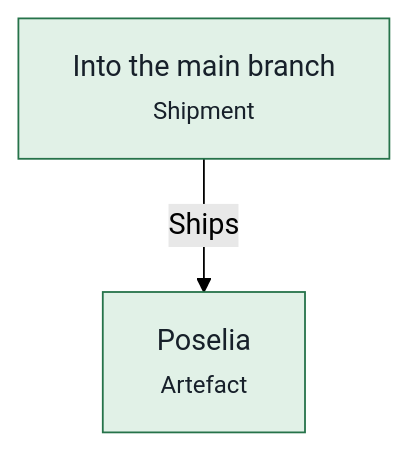
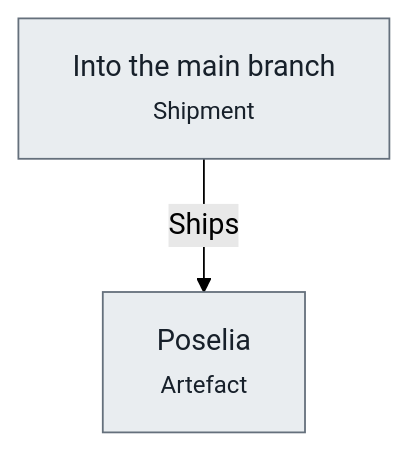
Before and after one commit to advancedcognitivesystems-ai/trame: the first of 4 diagrams in apps/poselia/docs/pipelines.md, drawn with Mermaid (forest theme). The commit also changed other lines of this file and 118 other files, not shown here.

````diff
--- a/apps/poselia/docs/pipelines.md
+++ b/apps/poselia/docs/pipelines.md
@@ -15,11 +15,11 @@
 ```mermaid
 flowchart TB
-  n0["Poselia<br/><small>Artefact</small>"]:::held
-  n1["Into the main branch<br/><small>Shipment</small>"]:::held
+  n0["Poselia<br/><small>Artefact</small>"]:::unknown
+  n1["Into the main branch<br/><small>Shipment</small>"]:::unknown
   n1 -->|Ships| n0
   classDef held fill:#e1f1e7,stroke:#26734a,color:#17202a
   classDef blocked fill:#fbf0d9,stroke:#9a6200,color:#17202a
   classDef violated fill:#f9e3e1,stroke:#ad2a22,color:#17202a
   classDef unknown fill:#e9edf0,stroke:#65707c,color:#17202a
   classDef neutral fill:#ffffff,stroke:#5a6672,color:#17202a
 ```
````
